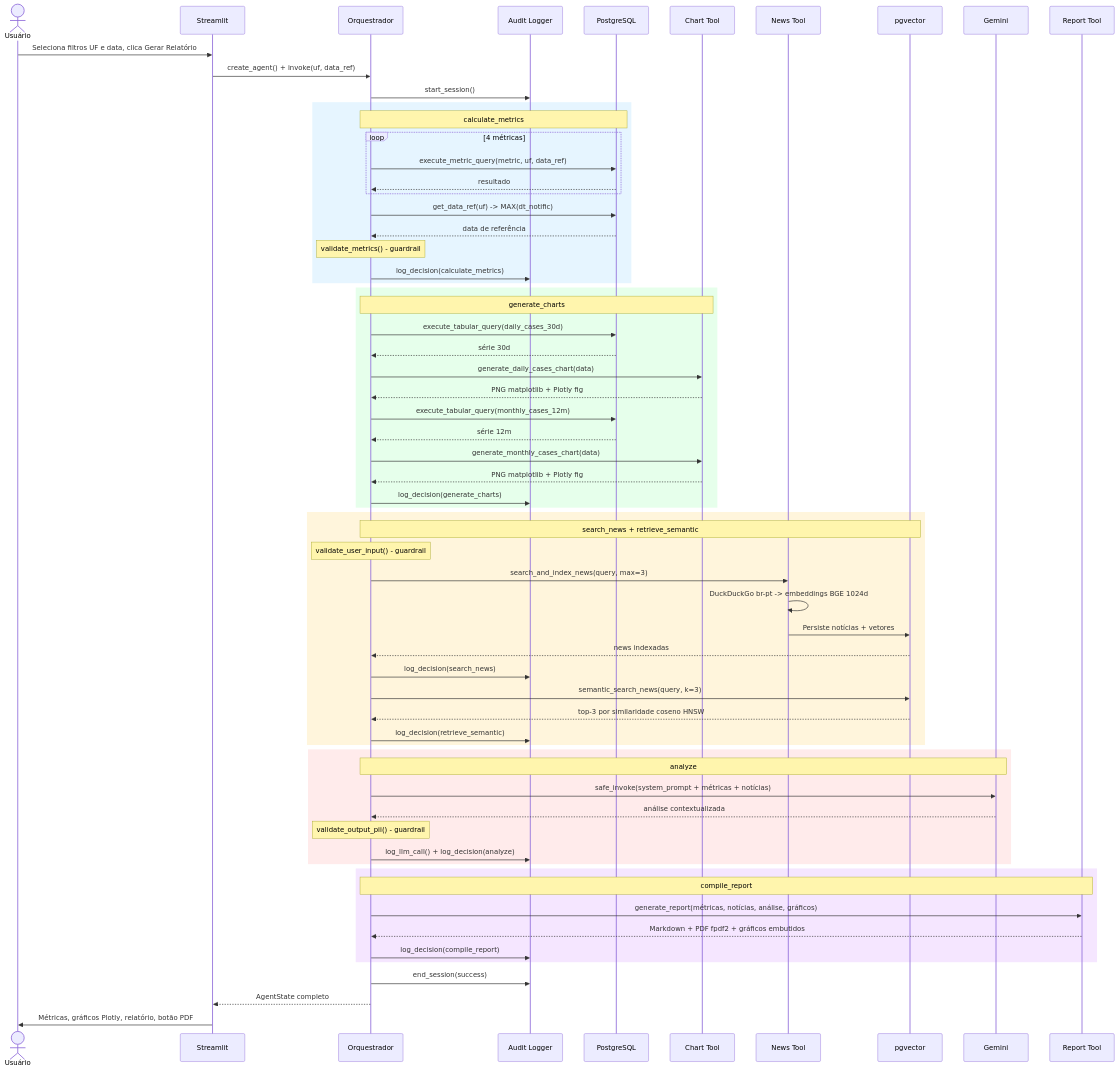
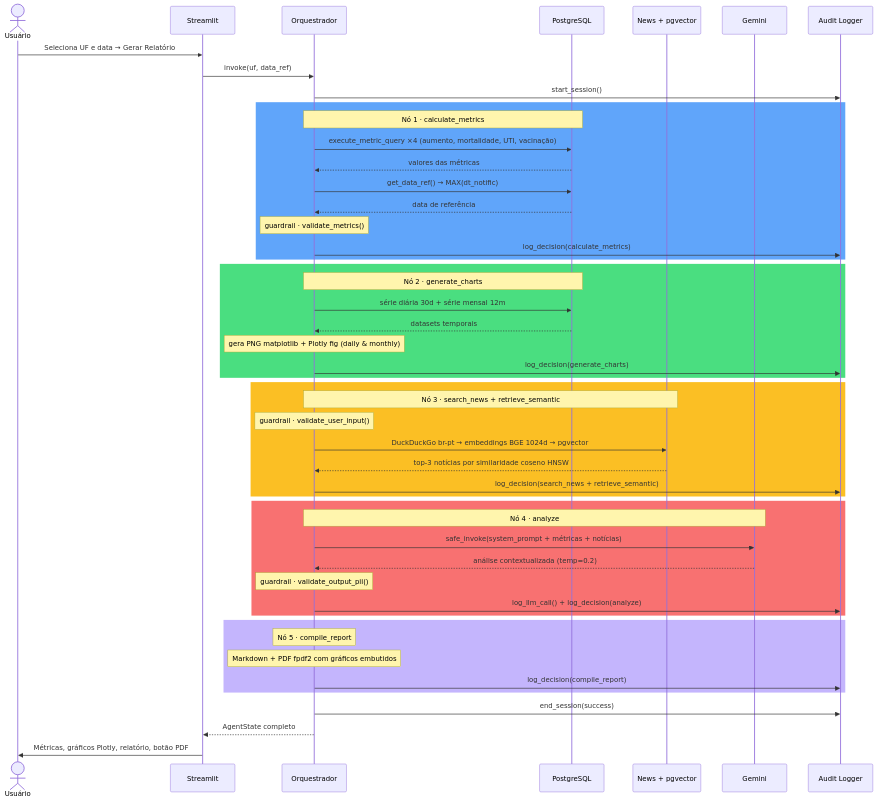
One commit to yurioliveira3/ai_engineer_cert_ind changed the diagram in README.md. Above: the diagram before and after it, drawn with Mermaid. The commit also changed other lines of this file and 2 other files, not shown here.

Commit message:
refactor: update README and metrics validation for clarity and accuracy

````diff
--- a/README.md
+++ b/README.md
@@ -34,74 +34,58 @@
 ```mermaid
 sequenceDiagram
     actor U as Usuário
     participant ST as Streamlit
     participant ORC as Orquestrador
+    participant DB as PostgreSQL
+    participant NE as News + pgvector
+    participant LLM as Gemini
     participant AL as Audit Logger
-    participant DB as PostgreSQL
-    participant CT as Chart Tool
-    participant NT as News Tool
-    participant PGV as pgvector
-    participant LLM as Gemini
-    participant RT as Report Tool
 
-    U->>ST: Seleciona filtros UF e data, clica Gerar Relatório
-    ST->>ORC: create_agent() + invoke(uf, data_ref)
+    U->>ST: Seleciona UF e data → Gerar Relatório
+    ST->>ORC: invoke(uf, data_ref)
     ORC->>AL: start_session()
 
-    rect rgb(230, 245, 255)
-        Note over ORC,DB: calculate_metrics
-        loop 4 métricas
-            ORC->>DB: execute_metric_query(metric, uf, data_ref)
-            DB-->>ORC: resultado
-        end
-        ORC->>DB: get_data_ref(uf) -> MAX(dt_notific)
+    rect rgb(96, 165, 250)
+        Note over ORC,DB: Nó 1 · calculate_metrics
+        ORC->>DB: execute_metric_query ×4 (aumento, mortalidade, UTI, vacinação)
+        DB-->>ORC: valores das métricas
+        ORC->>DB: get_data_ref() → MAX(dt_notific)
         DB-->>ORC: data de referência
-        Note over ORC: validate_metrics() - guardrail
+        Note over ORC: guardrail · validate_metrics()
         ORC->>AL: log_decision(calculate_metrics)
     end
 
-    rect rgb(230, 255, 235)
-        Note over ORC,CT: generate_charts
-        ORC->>DB: execute_tabular_query(daily_cases_30d)
-        DB-->>ORC: série 30d
-        ORC->>CT: generate_daily_cases_chart(data)
-        CT-->>ORC: PNG matplotlib + Plotly fig
-        ORC->>DB: execute_tabular_query(monthly_cases_12m)
-        DB-->>ORC: série 12m
-        ORC->>CT: generate_monthly_cases_chart(data)
-        CT-->>ORC: PNG matplotlib + Plotly fig
+    rect rgb(74, 222, 128)
+        Note over ORC,DB: Nó 2 · generate_charts
+        ORC->>DB: série diária 30d + série mensal 12m
+        DB-->>ORC: datasets temporais
+        Note over ORC: gera PNG matplotlib + Plotly fig (daily & monthly)
         ORC->>AL: log_decision(generate_charts)
     end
 
-    rect rgb(255, 245, 220)
-        Note over ORC,PGV: search_news + retrieve_semantic
-        Note over ORC: validate_user_input() - guardrail
-        ORC->>NT: search_and_index_news(query, max=3)
-        NT->>NT: DuckDuckGo br-pt -> embeddings BGE 1024d
-        NT->>PGV: Persiste notícias + vetores
-        PGV-->>ORC: news indexadas
-        ORC->>AL: log_decision(search_news)
-        ORC->>PGV: semantic_search_news(query, k=3)
-        PGV-->>ORC: top-3 por similaridade coseno HNSW
-        ORC->>AL: log_decision(retrieve_semantic)
+    rect rgb(251, 191, 36)
+        Note over ORC,NE: Nó 3 · search_news + retrieve_semantic
+        Note over ORC: guardrail · validate_user_input()
+        ORC->>NE: DuckDuckGo br-pt → embeddings BGE 1024d → pgvector
+        NE-->>ORC: top-3 notícias por similaridade coseno HNSW
+        ORC->>AL: log_decision(search_news + retrieve_semantic)
     end
 
-    rect rgb(255, 235, 235)
-        Note over ORC,LLM: analyze
+    rect rgb(248, 113, 113)
+        Note over ORC,LLM: Nó 4 · analyze
         ORC->>LLM: safe_invoke(system_prompt + métricas + notícias)
-        LLM-->>ORC: análise contextualizada
-        Note over ORC: validate_output_pii() - guardrail
+        LLM-->>ORC: análise contextualizada (temp=0.2)
+        Note over ORC: guardrail · validate_output_pii()
         ORC->>AL: log_llm_call() + log_decision(analyze)
     end
 
-    rect rgb(245, 230, 255)
-        Note over ORC,RT: compile_report
-        ORC->>RT: generate_report(métricas, notícias, análise, gráficos)
-        RT-->>ORC: Markdown + PDF fpdf2 + gráficos embutidos
+    rect rgb(196, 181, 253)
+        Note over ORC: Nó 5 · compile_report
+        Note over ORC: Markdown + PDF fpdf2 com gráficos embutidos
         ORC->>AL: log_decision(compile_report)
     end
 
     ORC->>AL: end_session(success)
     ORC-->>ST: AgentState completo
     ST->>U: Métricas, gráficos Plotly, relatório, botão PDF
 ```
````
